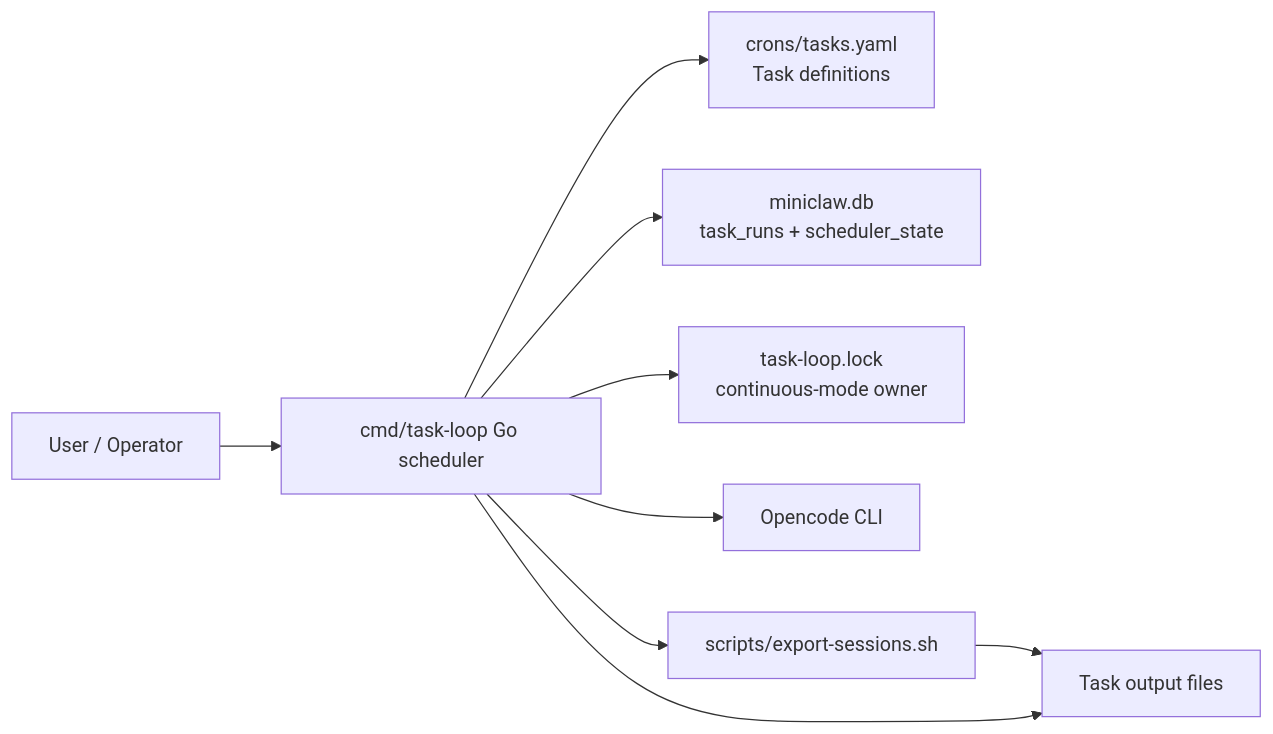
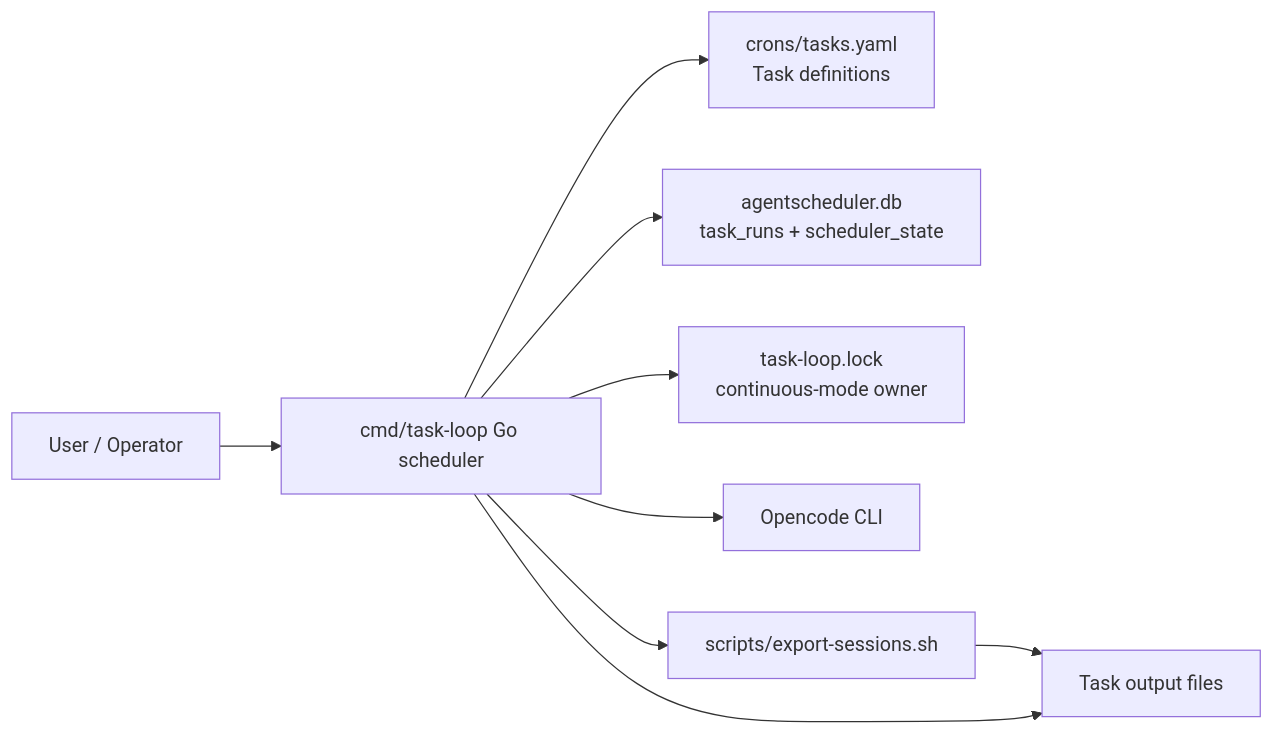
The first of 2 diagrams in docs/task-scheduler-architecture.md (vii33/AgentScheduler), drawn with Mermaid before and after one commit. The commit also changed other lines of this file and 11 other files, not shown here.

````diff
--- a/docs/task-scheduler-architecture.md
+++ b/docs/task-scheduler-architecture.md
@@ -24,20 +24,20 @@
 ```mermaid
 flowchart LR
     User[User / Operator]
     Scheduler[cmd/task-loop Go scheduler]
     Tasks[crons/tasks.yaml\nTask definitions]
-    DB[miniclaw.db\ntask_runs + scheduler_state]
+    DB[agentscheduler.db\ntask_runs + scheduler_state]
     Lock[task-loop.lock\ncontinuous-mode owner]
     Server[Opencode CLI]
     Export[scripts/export-sessions.sh]
     Artifact[Task output files]
 
     User --> Scheduler
     Scheduler --> Lock
     Scheduler --> Tasks
     Scheduler --> DB
     Scheduler --> Server
     Scheduler --> Export
     Export --> Artifact
     Scheduler --> Artifact
 ```
````
